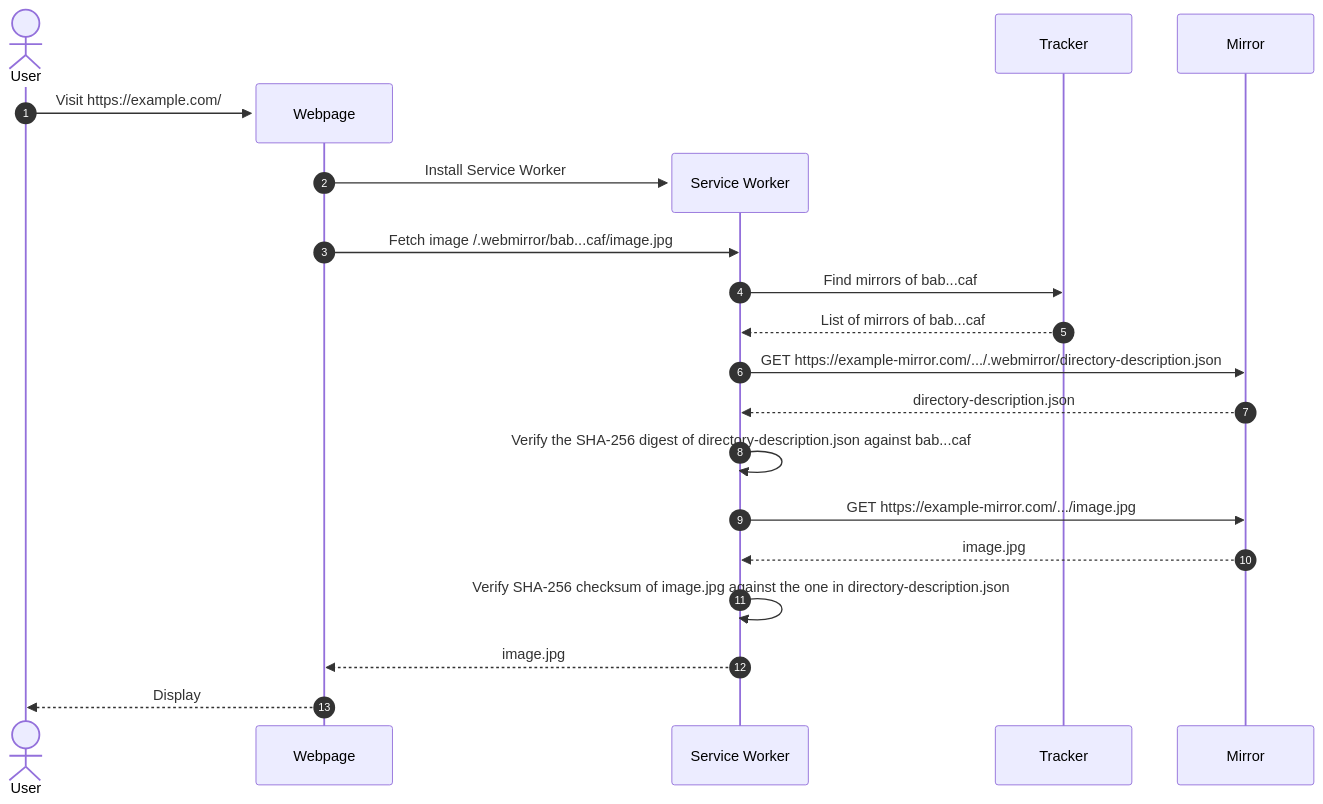
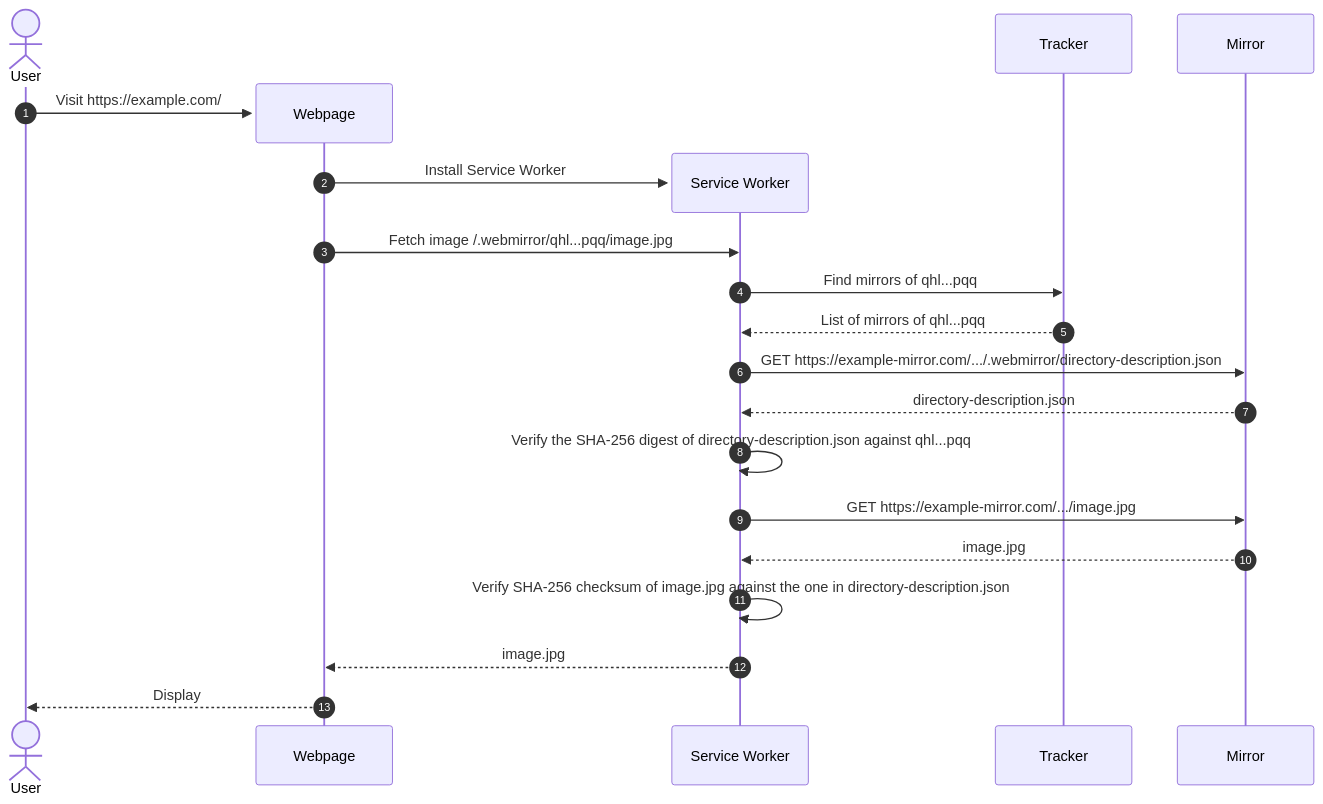
The diagram in README.md (webmirror/webmirror), drawn with Mermaid before and after one commit. The commit also changed other lines of this file, not shown here.

````diff
--- a/README.md
+++ b/README.md
@@ -9,20 +40,20 @@
 ```mermaid
 sequenceDiagram
     autonumber
     actor User
     create participant Webpage
     User->>Webpage: Visit https://example.com/
     create participant Service Worker
     Webpage->>Service Worker: Install Service Worker
-    Webpage->>Service Worker: Fetch image /.webmirror/bab...caf/image.jpg
-    Service Worker->>Tracker: Find mirrors of bab...caf
-    Tracker-->>Service Worker: List of mirrors of bab...caf
+    Webpage->>Service Worker: Fetch image /.webmirror/qhl...pqq/image.jpg
+    Service Worker->>Tracker: Find mirrors of qhl...pqq
+    Tracker-->>Service Worker: List of mirrors of qhl...pqq
     Service Worker->>Mirror: GET https://example-mirror.com/.../.webmirror/directory-description.json
     Mirror-->>Service Worker: directory-description.json
-    Service Worker->>Service Worker: Verify the SHA-256 digest of directory-description.json against bab...caf
+    Service Worker->>Service Worker: Verify the SHA-256 digest of directory-description.json against qhl...pqq
     Service Worker->>Mirror: GET https://example-mirror.com/.../image.jpg
     Mirror-->>Service Worker: image.jpg
     Service Worker->>Service Worker: Verify SHA-256 checksum of image.jpg against the one in directory-description.json
     Service Worker-->>Webpage: image.jpg
     Webpage-->>User: Display
 ```
````
